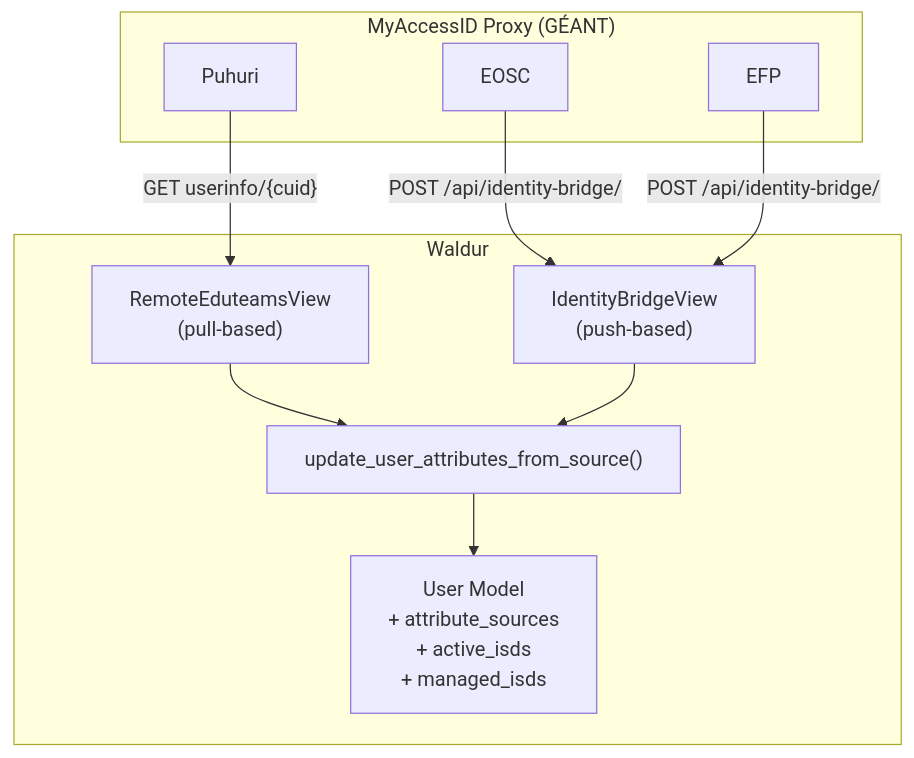
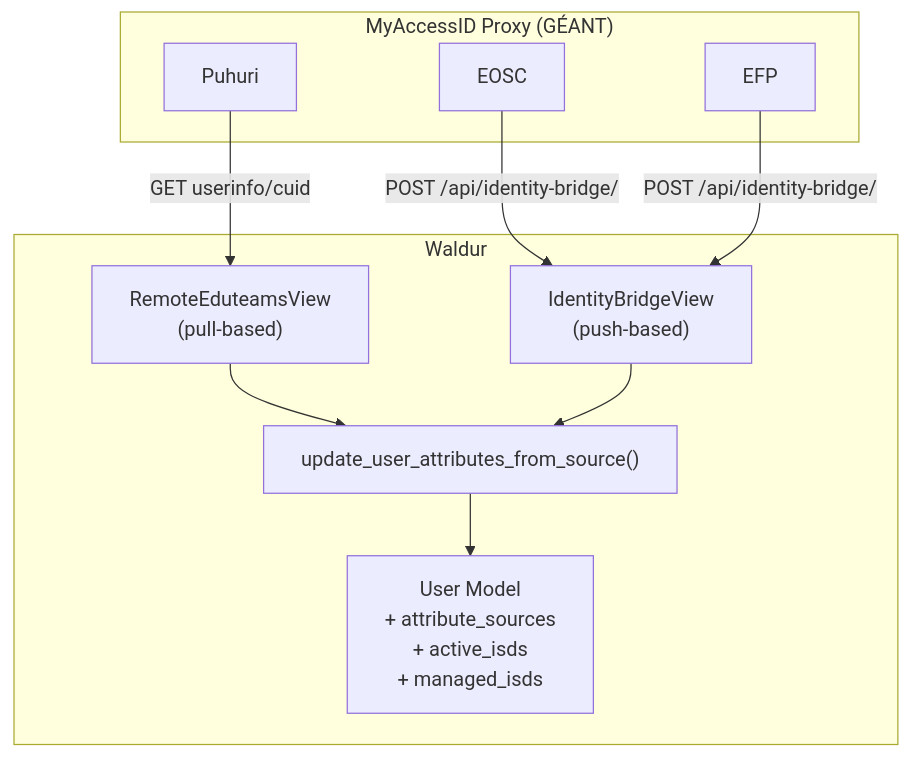
The first of 9 diagrams in docs/developer-guide/identity-bridge.md (waldur/waldur-docs), drawn with Mermaid before and after one commit. The commit also changed other lines of this file and 34 other files, not shown here.

````diff
--- a/docs/developer-guide/identity-bridge.md
+++ b/docs/developer-guide/identity-bridge.md
@@ -20,23 +20,23 @@
 ```mermaid
 flowchart TB
     subgraph MyAccessID["MyAccessID Proxy (GÉANT)"]
         ISD_P["Puhuri"]
         ISD_O["EOSC"]
         ISD_E["EFP"]
     end
 
     subgraph Waldur
         RE["RemoteEduteamsView\n(pull-based)"]
         IB["IdentityBridgeView\n(push-based)"]
         HELPER["update_user_attributes_from_source()"]
         USER["User Model\n+ attribute_sources\n+ active_isds\n+ managed_isds"]
     end
 
-    ISD_P -- "GET userinfo/{cuid}" --> RE
-    ISD_O -- "POST /api/identity-bridge/" --> IB
-    ISD_E -- "POST /api/identity-bridge/" --> IB
+    ISD_P -->|GET userinfo/cuid| RE
+    ISD_O -->|POST /api/identity-bridge/| IB
+    ISD_E -->|POST /api/identity-bridge/| IB
 
     RE --> HELPER
     IB --> HELPER
     HELPER --> USER
 ```
````
